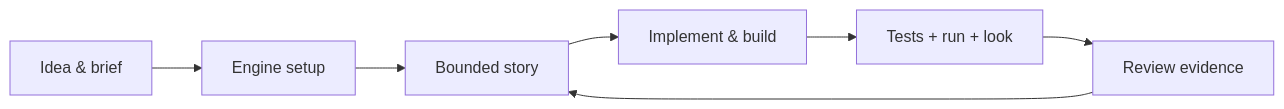
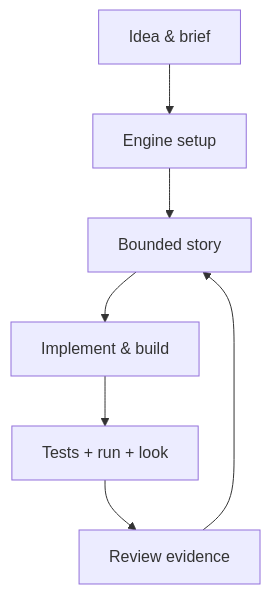
One commit to ScrabyQ/Codex-Game-Studios changed the first of 2 diagrams in README.md. Above: the diagram before and after it, drawn with Mermaid.

Commit message:
docs: keep workflow diagrams readable in narrow views

````diff
--- a/README.md
+++ b/README.md
@@ -89,9 +89,9 @@
 ```mermaid
-flowchart LR
+flowchart TD
     Brief["Idea & brief"] --> Engine["Engine setup"]
     Engine --> Story["Bounded story"]
     Story --> Build["Implement & build"]
     Build --> Verify["Tests + run + look"]
     Verify --> Review["Review evidence"]
     Review --> Story
 ```
````
